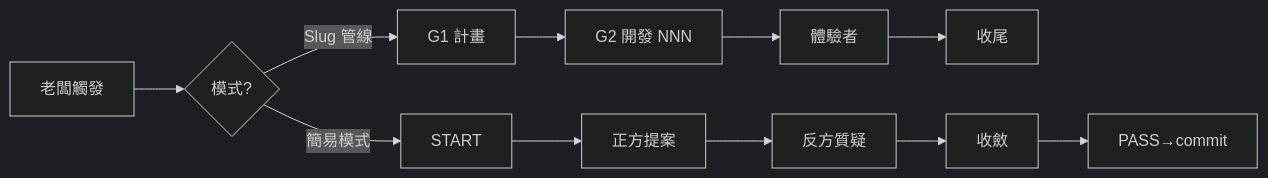
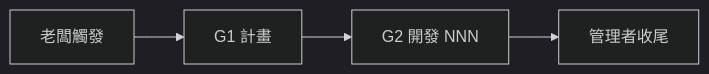
One commit to teps3105/shiftblame changed the first of 3 diagrams in skills/shiftblame/TEMPLATES/GRAPH.md. Above: the diagram before and after it, drawn with Mermaid (dark theme). The commit also changed other lines of this file and 5 other files, not shown here.

Commit message:
refactor(doc-consistency-alignment): 框架定義檔對齊—清殘留(體驗者/簡易模式/G3)+commit格式統一CF版conventional

````diff
--- a/skills/shiftblame/TEMPLATES/GRAPH.md
+++ b/skills/shiftblame/TEMPLATES/GRAPH.md
@@ -7,13 +7,6 @@
 ```mermaid
 graph LR
-    A[老闆觸發] --> B{模式?}
-    B -->|Slug 管線| C[G1 計畫]
-    B -->|簡易模式| D[START]
+    A[老闆觸發] --> C[G1 計畫]
     C --> E[G2 開發 NNN]
-    E --> F[體驗者]
-    F --> G[收尾]
-    D --> H[正方提案]
-    H --> I[反方質疑]
-    I --> J[收斂]
-    J --> K[PASS→commit]
+    E --> G[管理者收尾]
 ```
````
